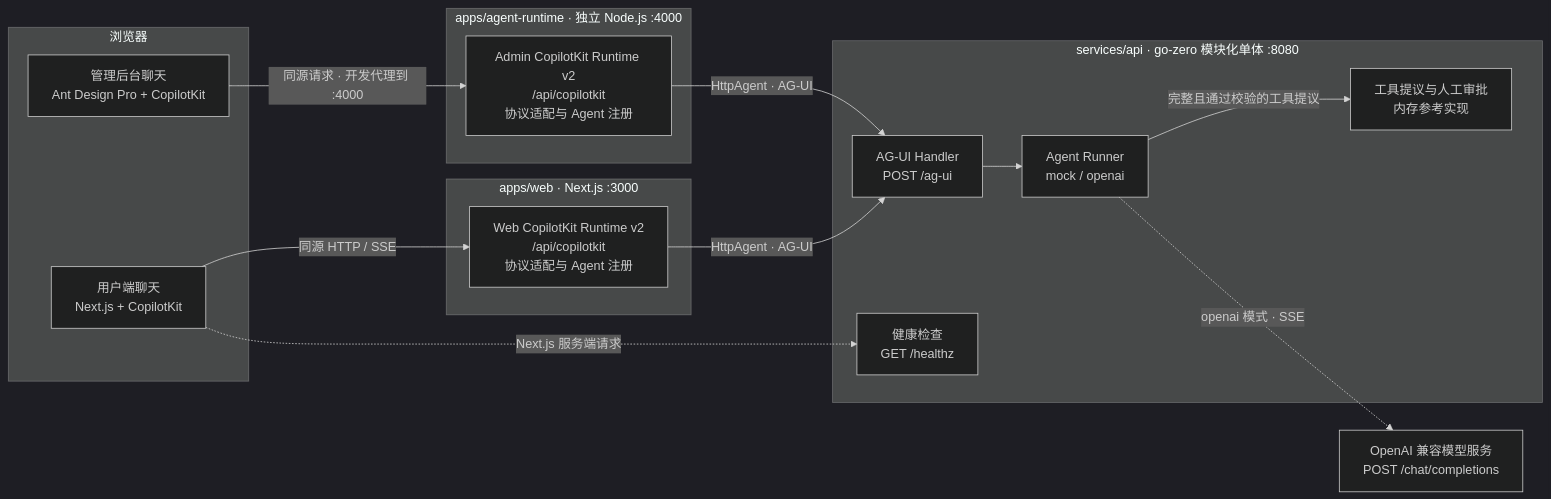
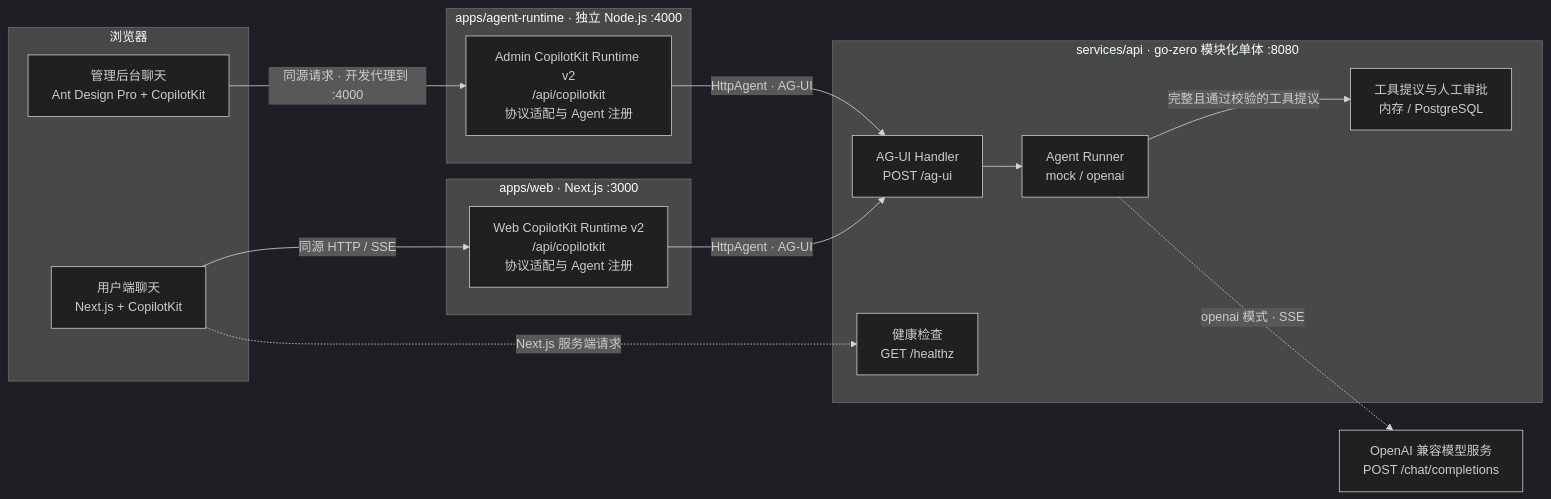
One commit to feifeigd/nexus-ai changed the first of 3 diagrams in docs/architecture.md. Above: the diagram before and after it, drawn with Mermaid (dark theme). The commit also changed other lines of this file and 14 other files, not shown here.

````diff
--- a/docs/architecture.md
+++ b/docs/architecture.md
@@ -7,33 +7,33 @@
 ```mermaid
 flowchart LR
     subgraph Clients["浏览器"]
         WebUI["用户端聊天<br/>Next.js + CopilotKit"]
         AdminUI["管理后台聊天<br/>Ant Design Pro + CopilotKit"]
     end
 
     subgraph WebApp["apps/web · Next.js :3000"]
         WebRuntime["Web CopilotKit Runtime v2<br/>/api/copilotkit<br/>协议适配与 Agent 注册"]
     end
 
     subgraph RuntimeService["apps/agent-runtime · 独立 Node.js :4000"]
         AdminRuntime["Admin CopilotKit Runtime v2<br/>/api/copilotkit<br/>协议适配与 Agent 注册"]
     end
 
     subgraph Backend["services/api · go-zero 模块化单体 :8080"]
         AGUI["AG-UI Handler<br/>POST /ag-ui"]
         Runner["Agent Runner<br/>mock / openai"]
-        Approval["工具提议与人工审批<br/>内存参考实现"]
+        Approval["工具提议与人工审批<br/>内存 / PostgreSQL"]
         Health["健康检查<br/>GET /healthz"]
         AGUI --> Runner
         Runner -->|"完整且通过校验的工具提议"| Approval
     end
 
     Model["OpenAI 兼容模型服务<br/>POST /chat/completions"]
 
     WebUI -->|"同源 HTTP / SSE"| WebRuntime
     AdminUI -->|"同源请求 · 开发代理到 :4000"| AdminRuntime
     WebRuntime -->|"HttpAgent · AG-UI"| AGUI
     AdminRuntime -->|"HttpAgent · AG-UI"| AGUI
     Runner -.->|"openai 模式 · SSE"| Model
     WebUI -.->|"Next.js 服务端请求"| Health
 ```
````
